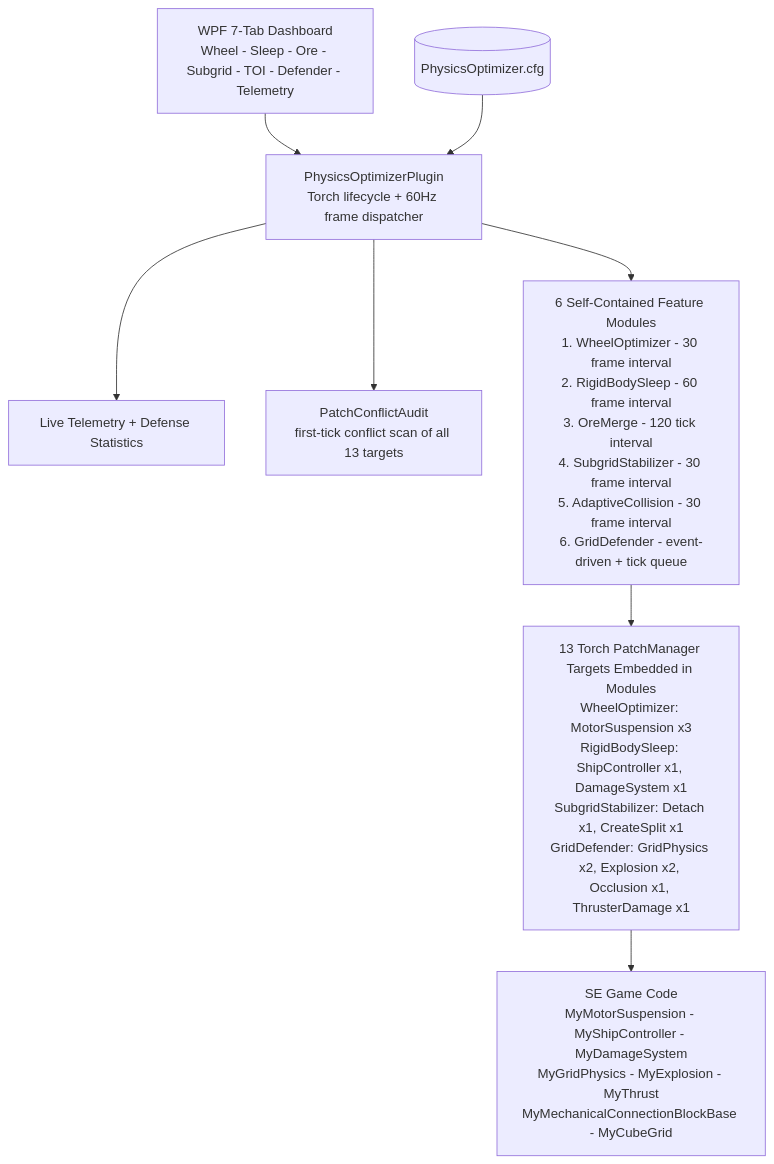
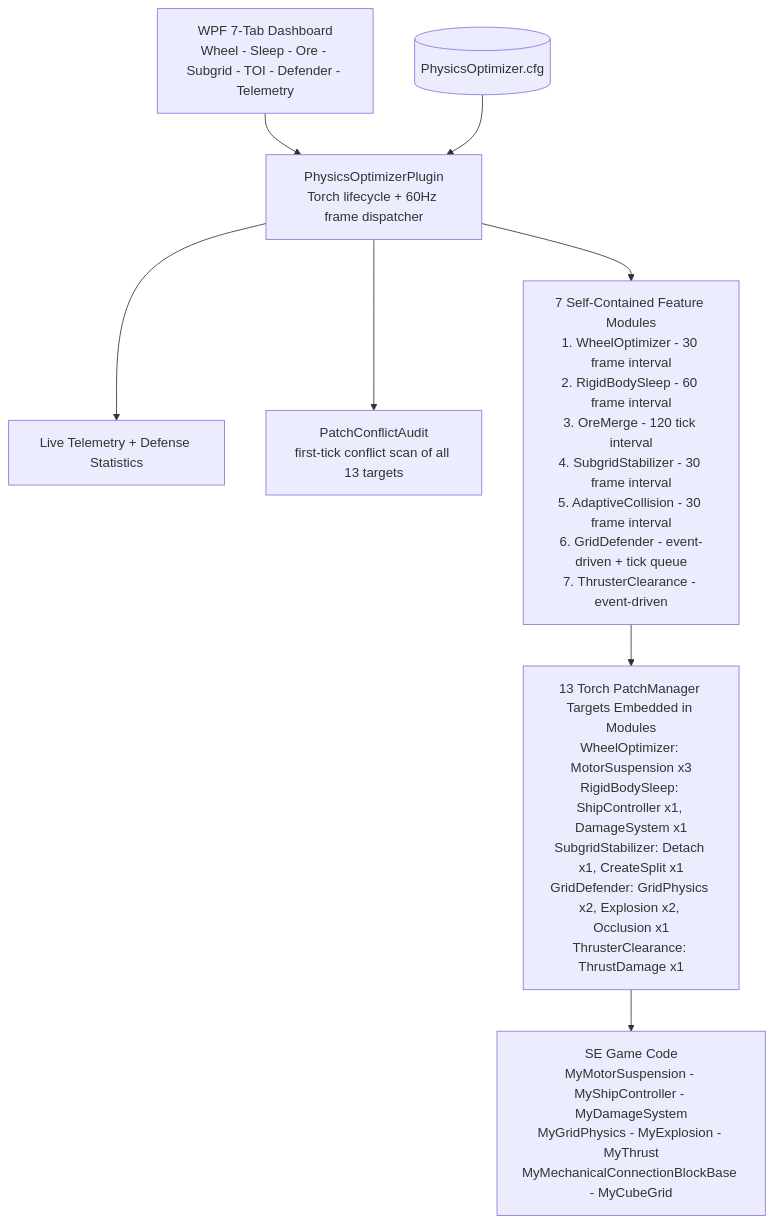
Before and after one commit to GV-Server-Mods/PhysicsOptimizations: the diagram in README.md, drawn with Mermaid. The commit also changed other lines of this file and 12 other files, not shown here.

First line of the commit message:
Enhance Rigid Body Sleep and Introduce Thruster Clearance Module

````diff
--- a/README.md
+++ b/README.md
@@ -37,13 +37,13 @@
 ```mermaid
 graph TD
     UI[WPF 7-Tab Dashboard<br/>Wheel - Sleep - Ore - Subgrid - TOI - Defender - Telemetry] --> Plugin
     CFG[(PhysicsOptimizer.cfg)] --> Plugin
     Plugin[PhysicsOptimizerPlugin<br/>Torch lifecycle + 60Hz frame dispatcher] --> Tel[Live Telemetry + Defense Statistics]
     Plugin --> Audit[PatchConflictAudit<br/>first-tick conflict scan of all 13 targets]
 
-    Plugin --> Modules[6 Self-Contained Feature Modules<br/>1. WheelOptimizer - 30 frame interval<br/>2. RigidBodySleep - 60 frame interval<br/>3. OreMerge - 120 tick interval<br/>4. SubgridStabilizer - 30 frame interval<br/>5. AdaptiveCollision - 30 frame interval<br/>6. GridDefender - event-driven + tick queue]
+    Plugin --> Modules[7 Self-Contained Feature Modules<br/>1. WheelOptimizer - 30 frame interval<br/>2. RigidBodySleep - 60 frame interval<br/>3. OreMerge - 120 tick interval<br/>4. SubgridStabilizer - 30 frame interval<br/>5. AdaptiveCollision - 30 frame interval<br/>6. GridDefender - event-driven + tick queue<br/>7. ThrusterClearance - event-driven]
 
-    Modules --> Patches[13 Torch PatchManager Targets Embedded in Modules<br/>WheelOptimizer: MotorSuspension x3<br/>RigidBodySleep: ShipController x1, DamageSystem x1<br/>SubgridStabilizer: Detach x1, CreateSplit x1<br/>GridDefender: GridPhysics x2, Explosion x2, Occlusion x1, ThrusterDamage x1]
+    Modules --> Patches[13 Torch PatchManager Targets Embedded in Modules<br/>WheelOptimizer: MotorSuspension x3<br/>RigidBodySleep: ShipController x1, DamageSystem x1<br/>SubgridStabilizer: Detach x1, CreateSplit x1<br/>GridDefender: GridPhysics x2, Explosion x2, Occlusion x1<br/>ThrusterClearance: ThrustDamage x1]
 
     Patches --> Game[SE Game Code<br/>MyMotorSuspension - MyShipController - MyDamageSystem<br/>MyGridPhysics - MyExplosion - MyThrust<br/>MyMechanicalConnectionBlockBase - MyCubeGrid]
 ```
````
